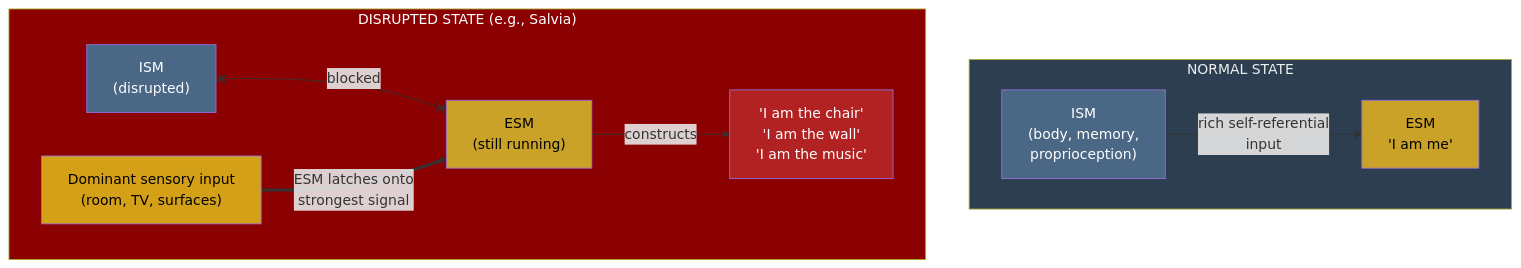
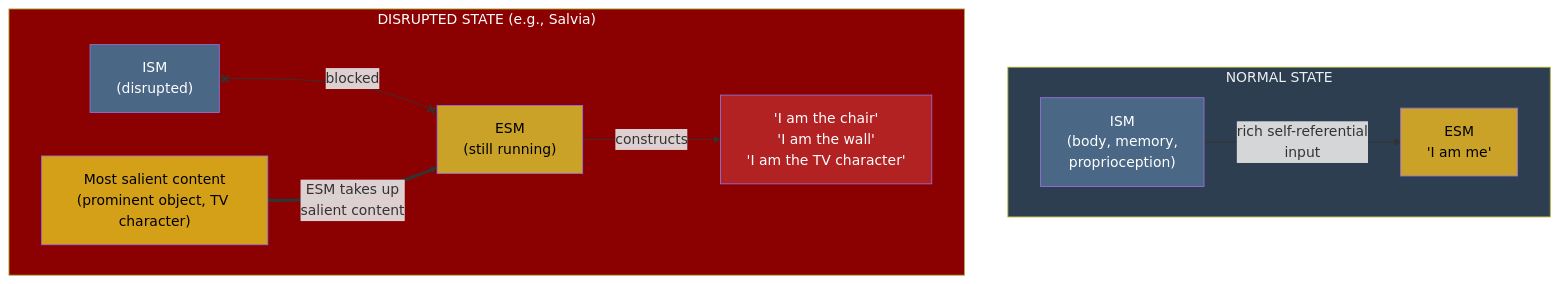
The diagram in wiki/mechanisms/redirectable-esm.md (JeltzProstetnic/aIware), drawn with Mermaid before and after one commit. The commit also changed other lines of this file and 12 other files, not shown here.

````diff
--- a/wiki/mechanisms/redirectable-esm.md
+++ b/wiki/mechanisms/redirectable-esm.md
@@ -49,21 +49,21 @@
 ```mermaid
 graph TB
     subgraph Normal["NORMAL STATE"]
         ISM_N["ISM<br/>(body, memory,<br/>proprioception)"] -->|"rich self-referential<br/>input"| ESM_N["ESM<br/>'I am me'"]
     end
 
     subgraph Disrupted["DISRUPTED STATE (e.g., Salvia)"]
         ISM_D["ISM<br/>(disrupted)"] x--x|"blocked"| ESM_D["ESM<br/>(still running)"]
-        DomInput["Dominant sensory input<br/>(room, TV, surfaces)"] ==>|"ESM latches onto<br/>strongest signal"| ESM_D
-        ESM_D -->|"constructs"| NewSelf["'I am the chair'<br/>'I am the wall'<br/>'I am the music'"]
+        DomInput["Most salient content<br/>(prominent object, TV character)"] ==>|"ESM takes up<br/>salient content"| ESM_D
+        ESM_D -->|"constructs"| NewSelf["'I am the chair'<br/>'I am the wall'<br/>'I am the TV character'"]
     end
 
     style Normal fill:#2c3e50,color:#ecf0f1
     style Disrupted fill:#8b0000,color:#fff
     style ISM_N fill:#4a6785,color:#fff
     style ESM_N fill:#c9a227,color:#000
     style ISM_D fill:#4a6785,color:#fff
     style ESM_D fill:#c9a227,color:#000
     style DomInput fill:#d4a017,color:#000
     style NewSelf fill:#b22222,color:#fff
 ```
````
